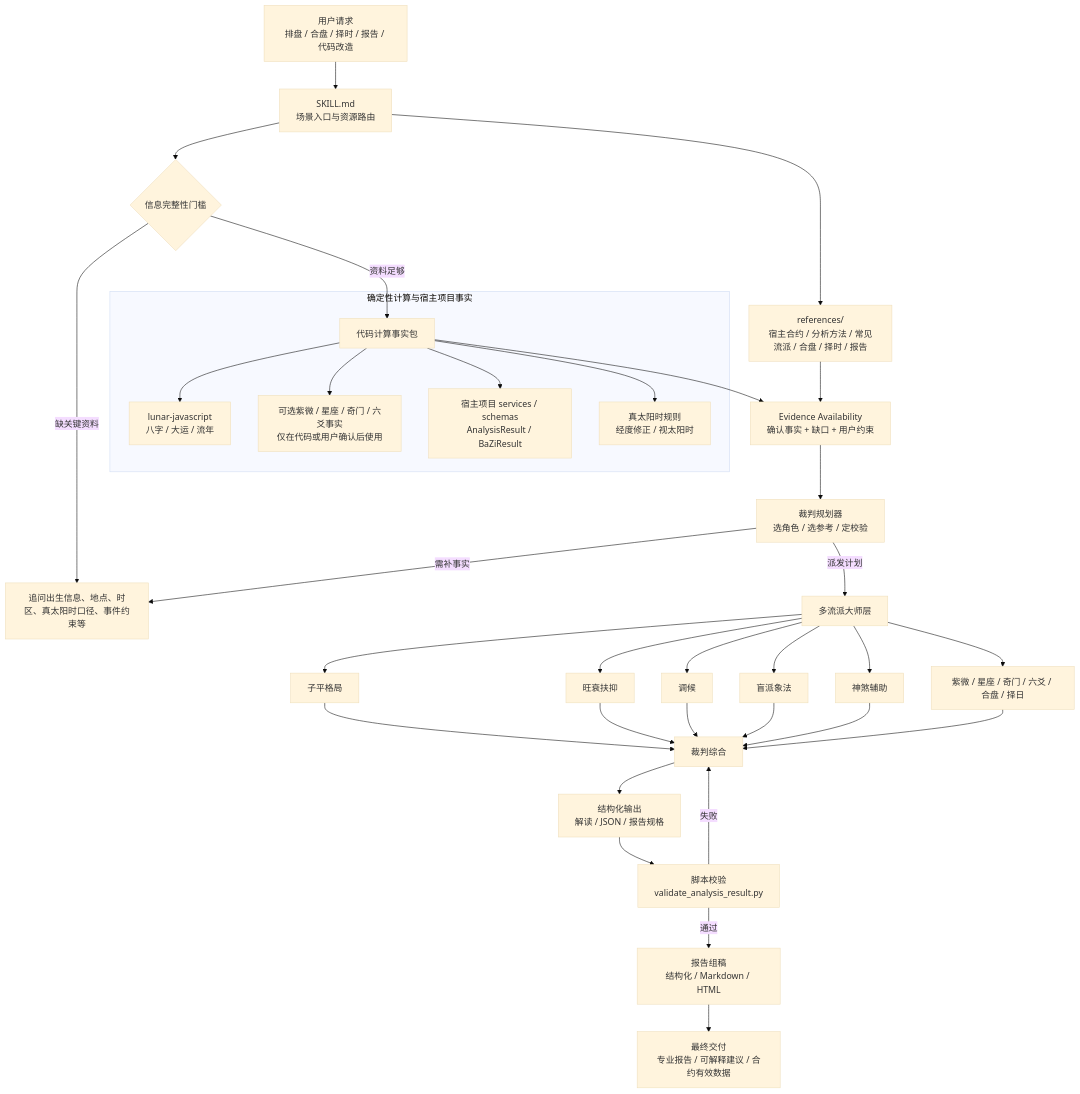
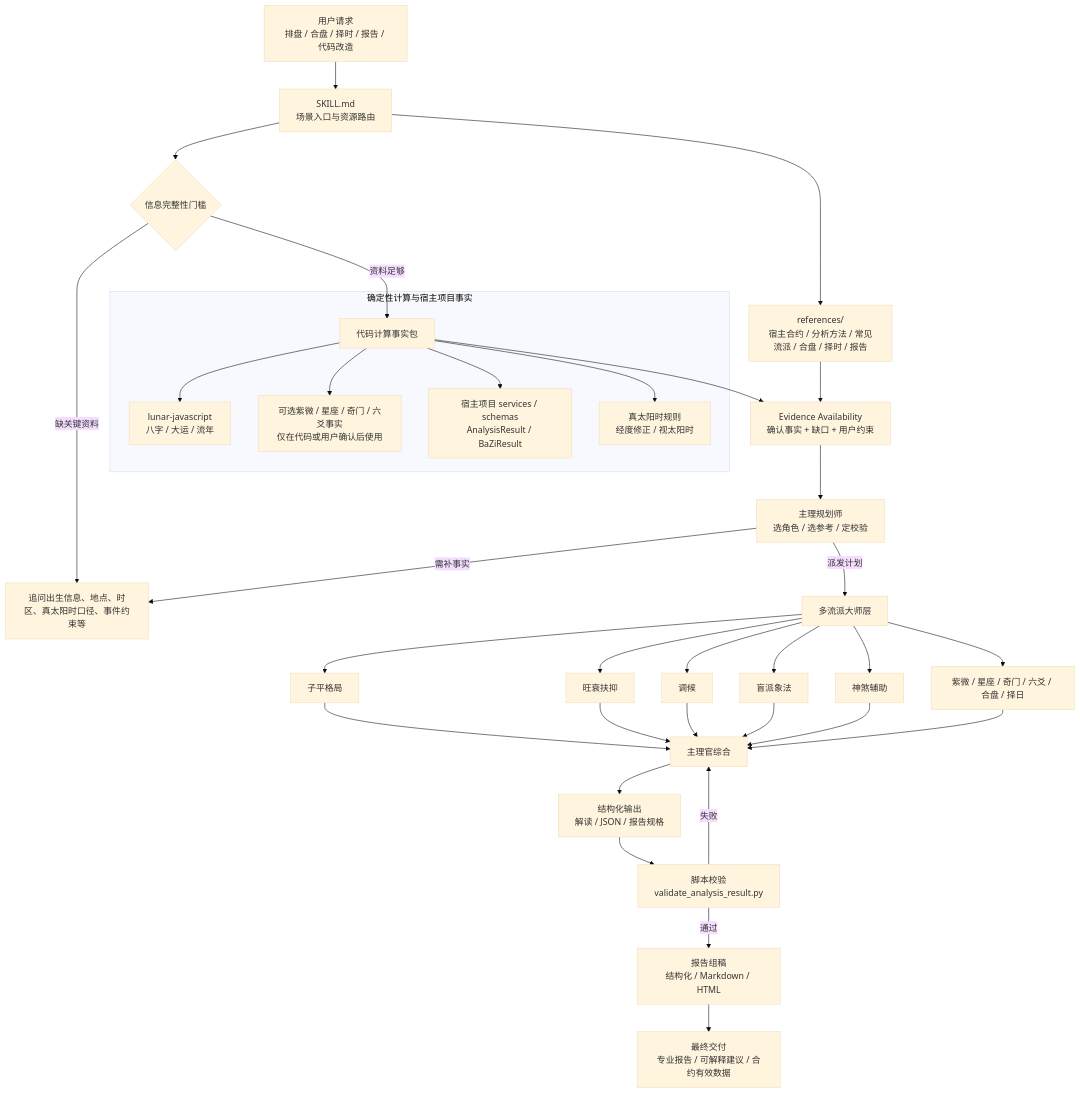
One commit to xuemian168/bazi-skill changed the diagram in README.md. Above: the diagram before and after it, drawn with Mermaid (base theme). The commit also changed other lines of this file and 10 other files, not shown here.

````diff
--- a/README.md
+++ b/README.md
@@ -82,41 +82,41 @@
 ```mermaid
 flowchart TD
     A["用户请求<br/>排盘 / 合盘 / 择时 / 报告 / 代码改造"] --> B["SKILL.md<br/>场景入口与资源路由"]
     B --> C{"信息完整性门槛"}
     C -->|缺关键资料| C1["追问出生信息、地点、时区、真太阳时口径、事件约束等"]
     C -->|资料足够| D["代码计算事实包"]
 
     subgraph S1["确定性计算与宿主项目事实"]
         D --> D1["lunar-javascript<br/>八字 / 大运 / 流年"]
         D --> D2["可选紫微 / 星座 / 奇门 / 六爻事实<br/>仅在代码或用户确认后使用"]
         D --> D3["宿主项目 services / schemas<br/>AnalysisResult / BaZiResult"]
         D --> D4["真太阳时规则<br/>经度修正 / 视太阳时"]
     end
 
     D --> E["Evidence Availability<br/>确认事实 + 缺口 + 用户约束"]
     B --> R["references/<br/>宿主合约 / 分析方法 / 常见流派 / 合盘 / 择时 / 报告"]
     R --> E
 
-    E --> P["裁判规划器<br/>选角色 / 选参考 / 定校验"]
+    E --> P["主理规划师<br/>选角色 / 选参考 / 定校验"]
     P -->|需补事实| C1
     P -->|派发计划| F["多流派大师层"]
     F --> F1["子平格局"]
     F --> F2["旺衰扶抑"]
     F --> F3["调候"]
     F --> F4["盲派象法"]
     F --> F5["神煞辅助"]
     F --> F6["紫微 / 星座 / 奇门 / 六爻 / 合盘 / 择日"]
 
-    F1 --> G["裁判综合"]
+    F1 --> G["主理官综合"]
     F2 --> G
     F3 --> G
     F4 --> G
     F5 --> G
     F6 --> G
 
     G --> H["结构化输出<br/>解读 / JSON / 报告规格"]
     H --> I["脚本校验<br/>validate_analysis_result.py"]
     I -->|通过| J["报告组稿<br/>结构化 / Markdown / HTML"]
     I -->|失败| G
     J --> K["最终交付<br/>专业报告 / 可解释建议 / 合约有效数据"]
 ```
````
